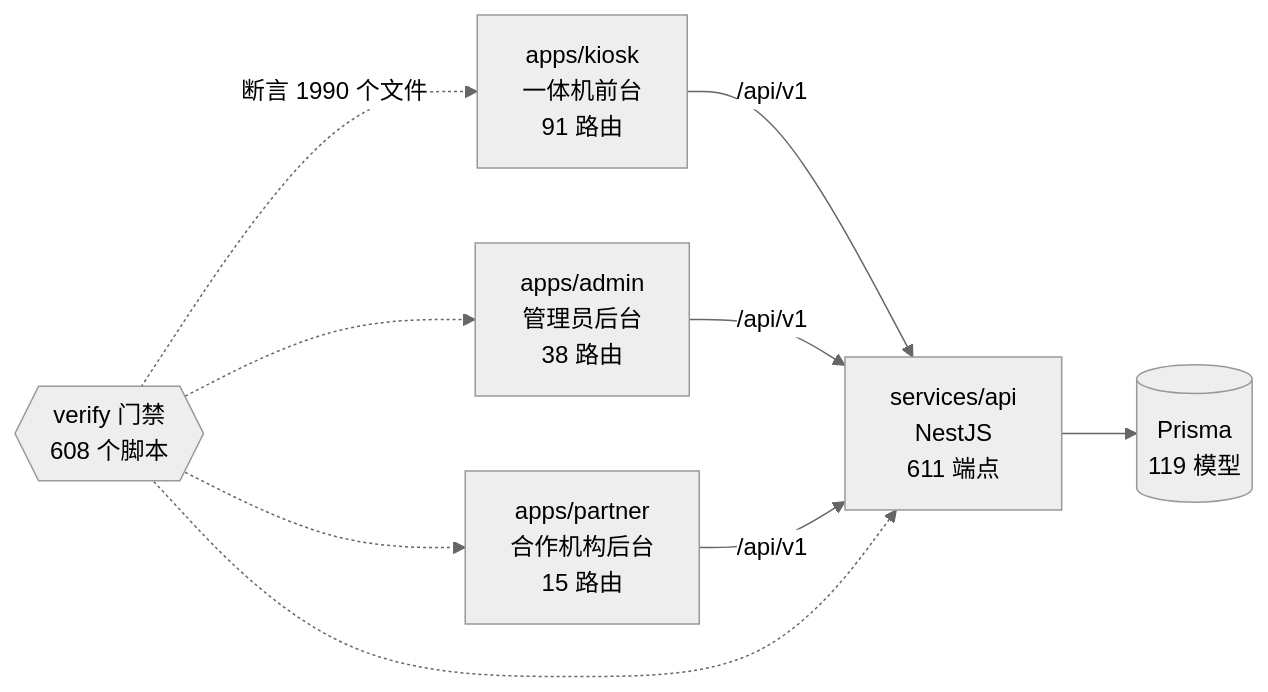
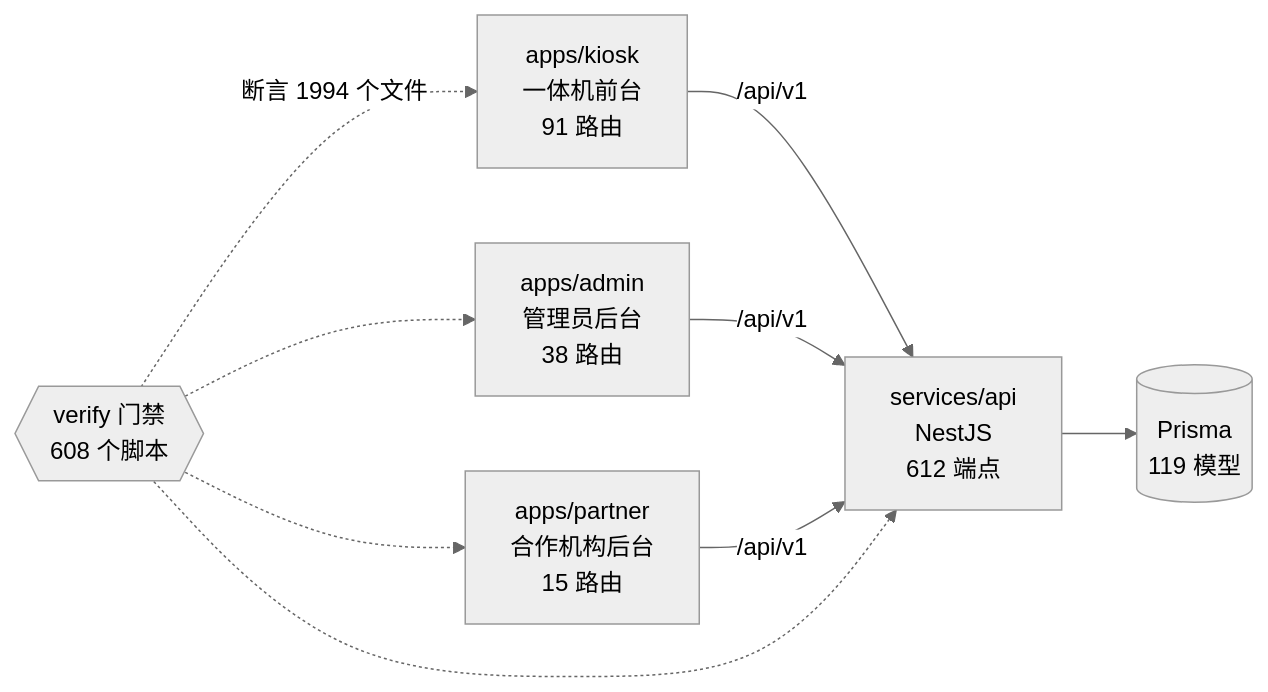
Before and after one commit to wanglei581/YITIJI: the diagram in docs/graph/README.md, drawn with Mermaid (neutral theme). The commit also changed other lines of this file and 3 other files, not shown here.

Commit message:
chore(graph): C2 免费额度后台与按台接口登记后重生图谱

````diff
--- a/docs/graph/README.md
+++ b/docs/graph/README.md
@@ -68,18 +68,18 @@
 ```mermaid
 flowchart LR
   kiosk["apps/kiosk<br/>一体机前台<br/>91 路由"]
   admin["apps/admin<br/>管理员后台<br/>38 路由"]
   partner["apps/partner<br/>合作机构后台<br/>15 路由"]
-  api["services/api<br/>NestJS<br/>611 端点"]
+  api["services/api<br/>NestJS<br/>612 端点"]
   db[("Prisma<br/>119 模型")]
   gates{{"verify 门禁<br/>608 个脚本"}}
 
   kiosk -->|"/api/v1"| api
   admin -->|"/api/v1"| api
   partner -->|"/api/v1"| api
   api --> db
-  gates -.->|"断言 1990 个文件"| kiosk
+  gates -.->|"断言 1994 个文件"| kiosk
   gates -.-> admin
   gates -.-> partner
   gates -.-> api
 ```
````
